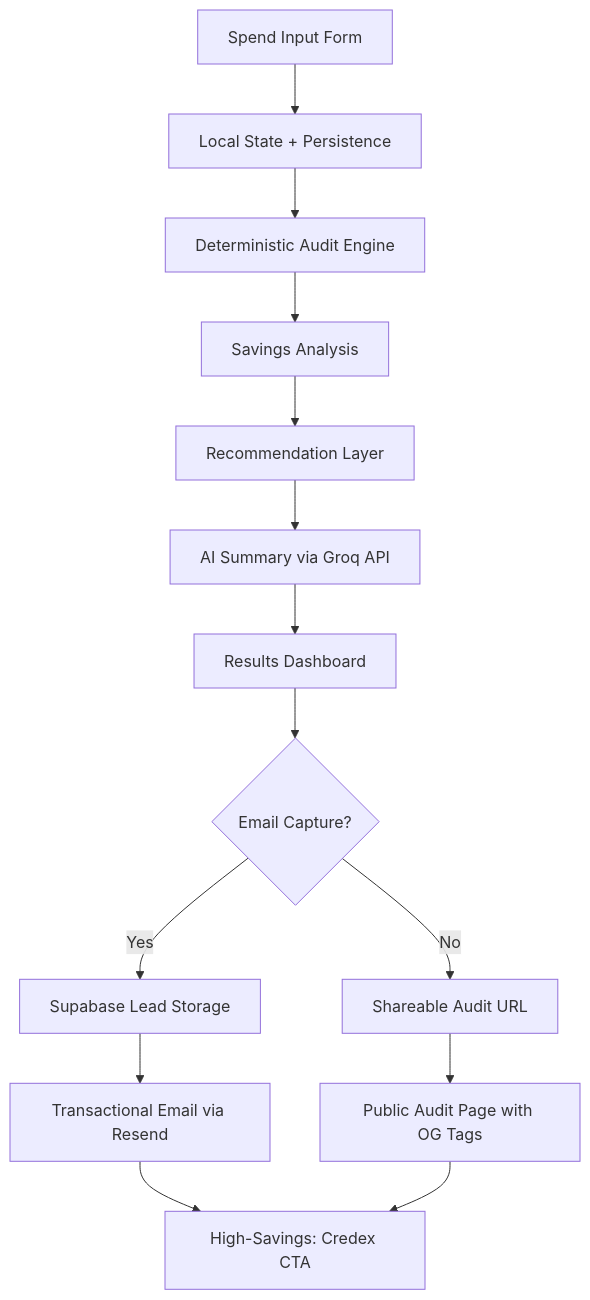
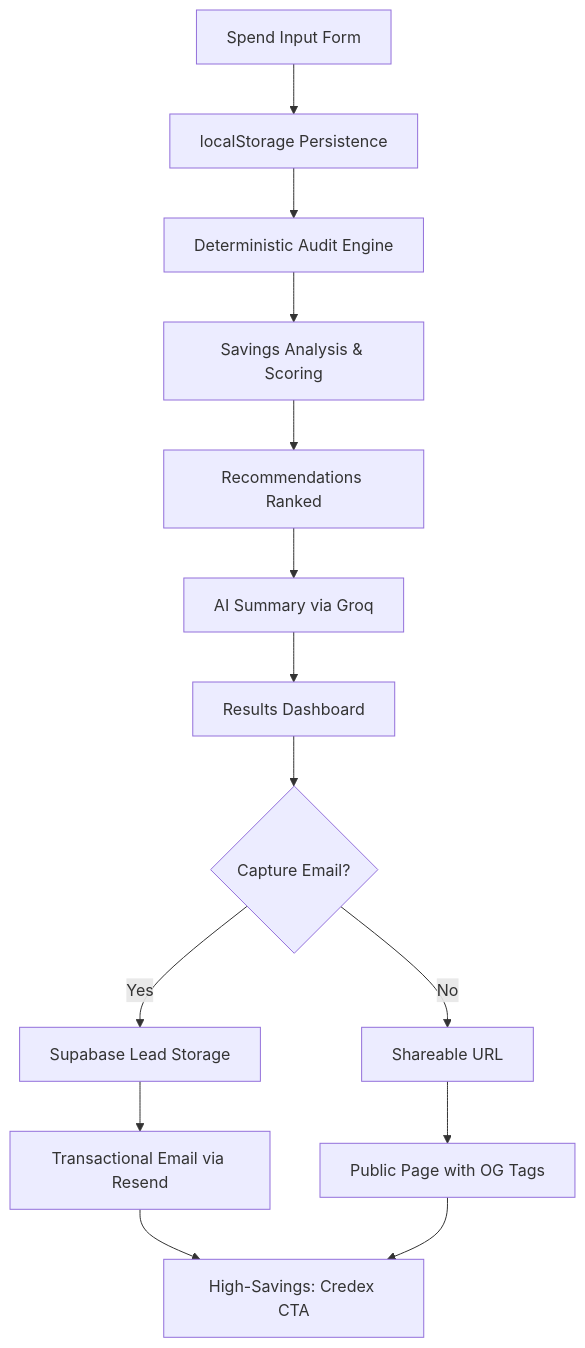
Before and after one commit to rxz33/spendora-ai-spend-audit: the diagram in ARCHITECTURE.md, drawn with Mermaid. The commit also changed other lines of this file and 7 other files, not shown here.

````diff
--- a/ARCHITECTURE.md
+++ b/ARCHITECTURE.md
@@ -27,30 +14,16 @@
 ```mermaid
 flowchart TD
-
-A[Spend Input Form]
---> B[Local State + Persistence]
-
+A[Spend Input Form] --> B[localStorage Persistence]
 B --> C[Deterministic Audit Engine]
-
-C --> D[Savings Analysis]
-
-D --> E[Recommendation Layer]
-
-E --> F[AI Summary via Groq API]
-
+C --> D[Savings Analysis & Scoring]
+D --> E[Recommendations Ranked]
+E --> F[AI Summary via Groq]
 F --> G[Results Dashboard]
-
-G --> H{Email Capture?}
-
+G --> H{Capture Email?}
 H -->|Yes| I[Supabase Lead Storage]
-
-H -->|No| J[Shareable Audit URL]
-
+H -->|No| J[Shareable URL]
 I --> K[Transactional Email via Resend]
-
-J --> L[Public Audit Page with OG Tags]
-
+J --> L[Public Page with OG Tags]
 K --> M[High-Savings: Credex CTA]
-
 L --> M
 ```
````
